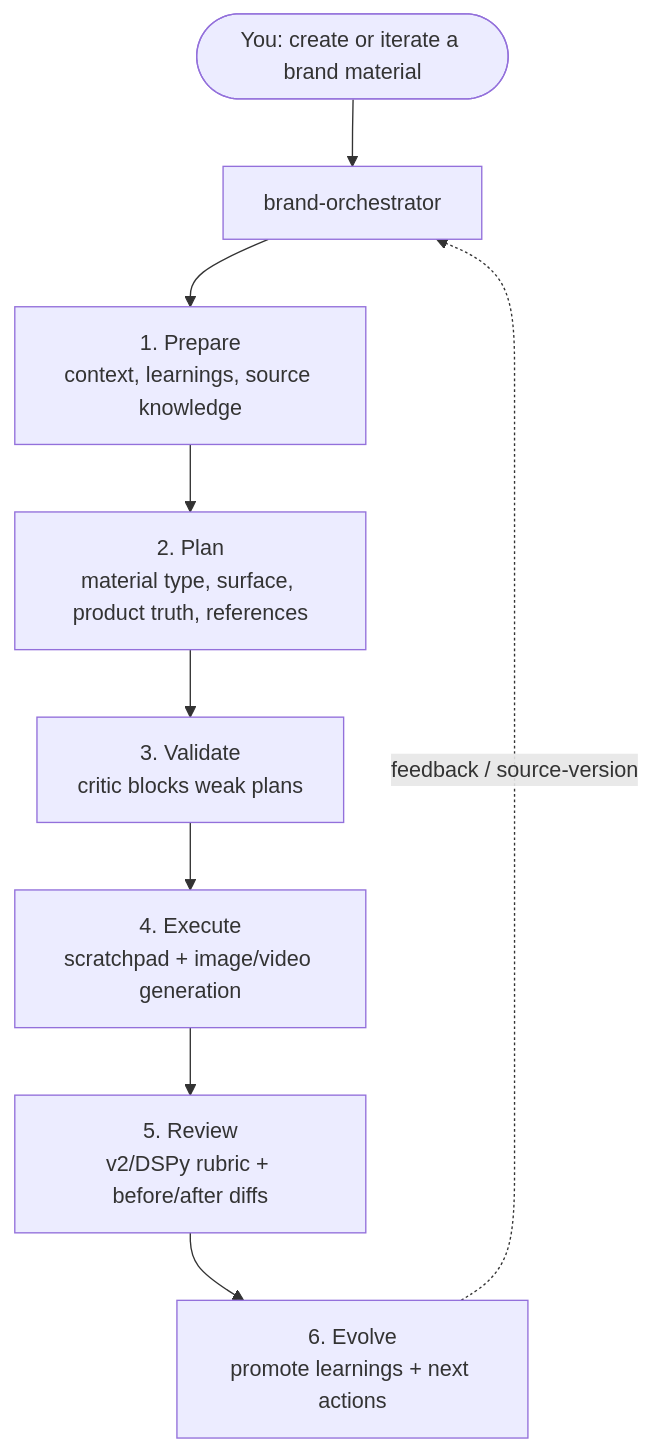
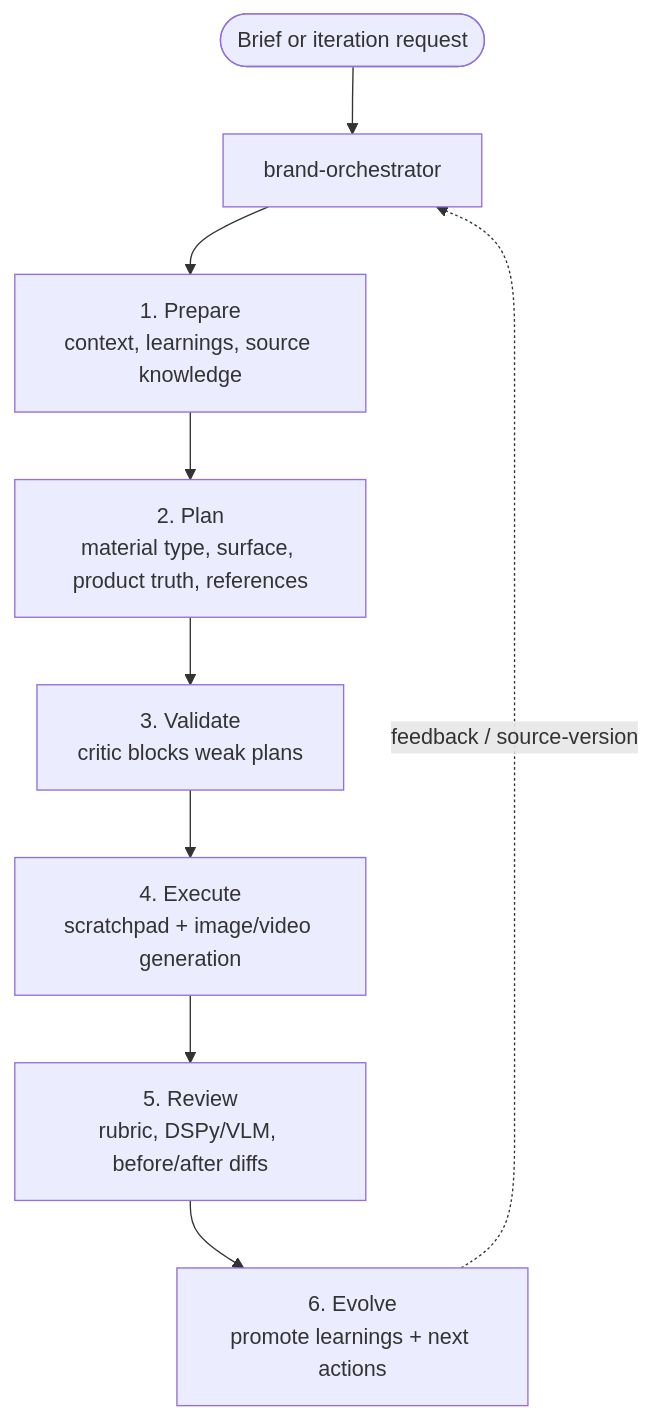
The diagram in README.md (velinussage/brand-gen), drawn with Mermaid before and after one commit. The commit also changed other lines of this file, not shown here.

````diff
--- a/README.md
+++ b/README.md
@@ -46,11 +121,11 @@
 ```mermaid
 flowchart TD
-    User([You: create or iterate a brand material]) --> Orch[brand-orchestrator]
+    User([Brief or iteration request]) --> Orch[brand-orchestrator]
     Orch --> Prep[1. Prepare<br/>context, learnings, source knowledge]
     Prep --> Plan[2. Plan<br/>material type, surface, product truth, references]
     Plan --> Validate[3. Validate<br/>critic blocks weak plans]
     Validate --> Execute[4. Execute<br/>scratchpad + image/video generation]
-    Execute --> Review[5. Review<br/>v2/DSPy rubric + before/after diffs]
+    Execute --> Review[5. Review<br/>rubric, DSPy/VLM, before/after diffs]
     Review --> Evolve[6. Evolve<br/>promote learnings + next actions]
     Evolve -. feedback / source-version .-> Orch
 ```
````
